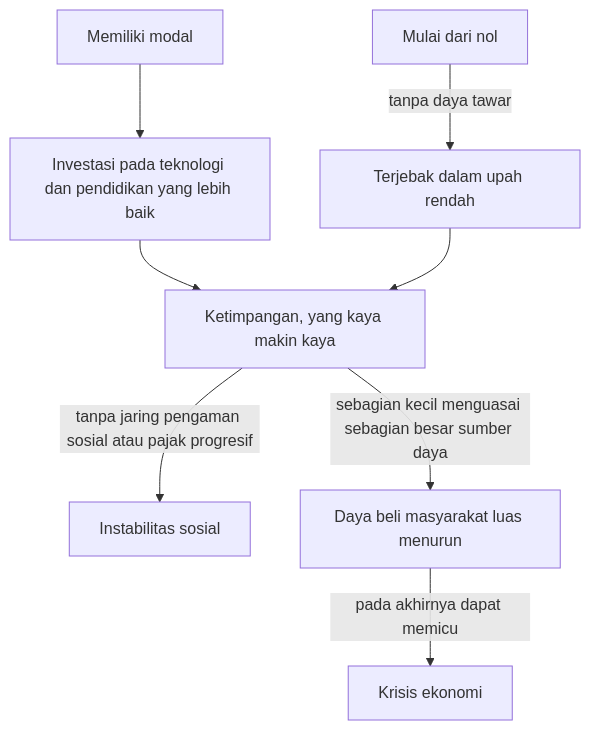
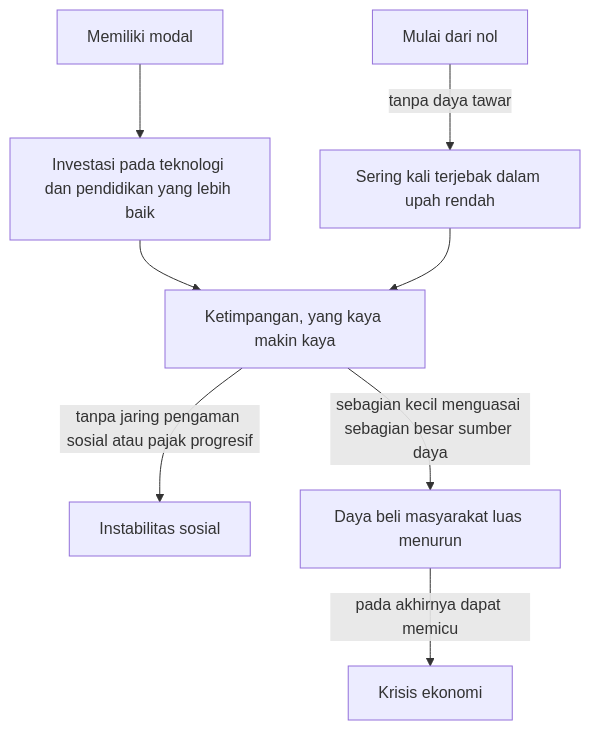
Before and after one commit to belajarcarabelajar/dawnbook: the diagram in books/ekonomi-laissez-faire/src/content/07_kritik-terhadap-sistem-laissez-faire.md, drawn with Mermaid. The commit also changed 11 other files, not shown here.

Commit message:
fix(books): review fixes for RF1 diagrams (source hedges, decision label, varied intro sentences)

````diff
--- a/books/ekonomi-laissez-faire/src/content/07_kritik-terhadap-sistem-laissez-faire.md
+++ b/books/ekonomi-laissez-faire/src/content/07_kritik-terhadap-sistem-laissez-faire.md
@@ -38,12 +38,12 @@
 ```mermaid
 flowchart TD
     accTitle: Efek Matius dan dampaknya
-    accDescr: Mereka yang memiliki modal dapat berinvestasi pada teknologi dan pendidikan yang lebih baik, sedangkan mereka yang mulai dari nol terjebak dalam upah rendah karena tidak memiliki daya tawar. Keduanya membentuk ketimpangan, yang kaya makin kaya. Tanpa jaring pengaman sosial atau pajak progresif, ketimpangan ini dapat menyebabkan instabilitas sosial. Ketika sebagian kecil populasi menguasai sebagian besar sumber daya, daya beli masyarakat luas menurun dan pada akhirnya dapat memicu krisis ekonomi.
+    accDescr: Mereka yang memiliki modal dapat berinvestasi pada teknologi dan pendidikan yang lebih baik, sedangkan mereka yang mulai dari nol sering kali terjebak dalam upah rendah karena tidak memiliki daya tawar. Keduanya membentuk ketimpangan, yang kaya makin kaya. Tanpa jaring pengaman sosial atau pajak progresif, ketimpangan ini dapat menyebabkan instabilitas sosial. Ketika sebagian kecil populasi menguasai sebagian besar sumber daya, daya beli masyarakat luas menurun dan pada akhirnya dapat memicu krisis ekonomi.
     MODAL["Memiliki modal"] --> INVESTASI["Investasi pada teknologi dan pendidikan yang lebih baik"]
-    NOL["Mulai dari nol"] -->|"tanpa daya tawar"| UPAH["Terjebak dalam upah rendah"]
+    NOL["Mulai dari nol"] -->|"tanpa daya tawar"| UPAH["Sering kali terjebak dalam upah rendah"]
     INVESTASI --> TIMPANG["Ketimpangan, yang kaya makin kaya"]
     UPAH --> TIMPANG
     TIMPANG -->|"tanpa jaring pengaman sosial atau pajak progresif"| INSTABIL["Instabilitas sosial"]
     TIMPANG -->|"sebagian kecil menguasai sebagian besar sumber daya"| DAYABELI["Daya beli masyarakat luas menurun"]
     DAYABELI -->|"pada akhirnya dapat memicu"| KRISIS["Krisis ekonomi"]
 ```
````
